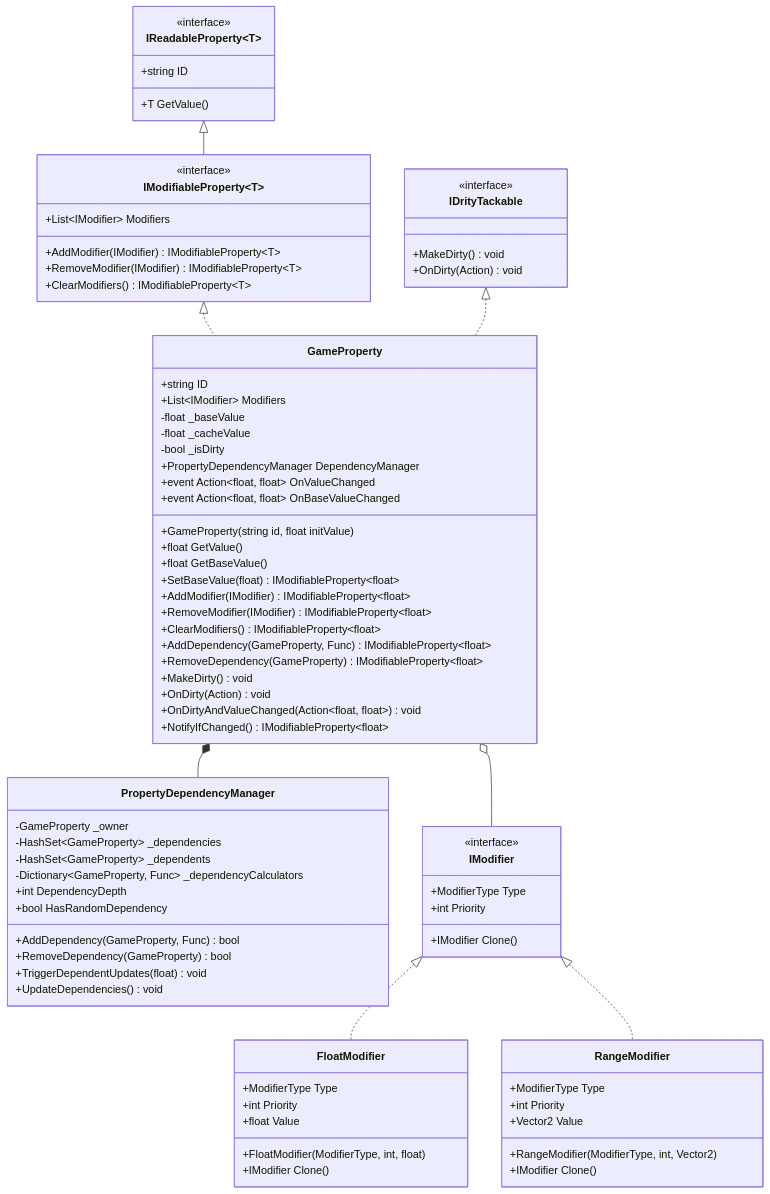
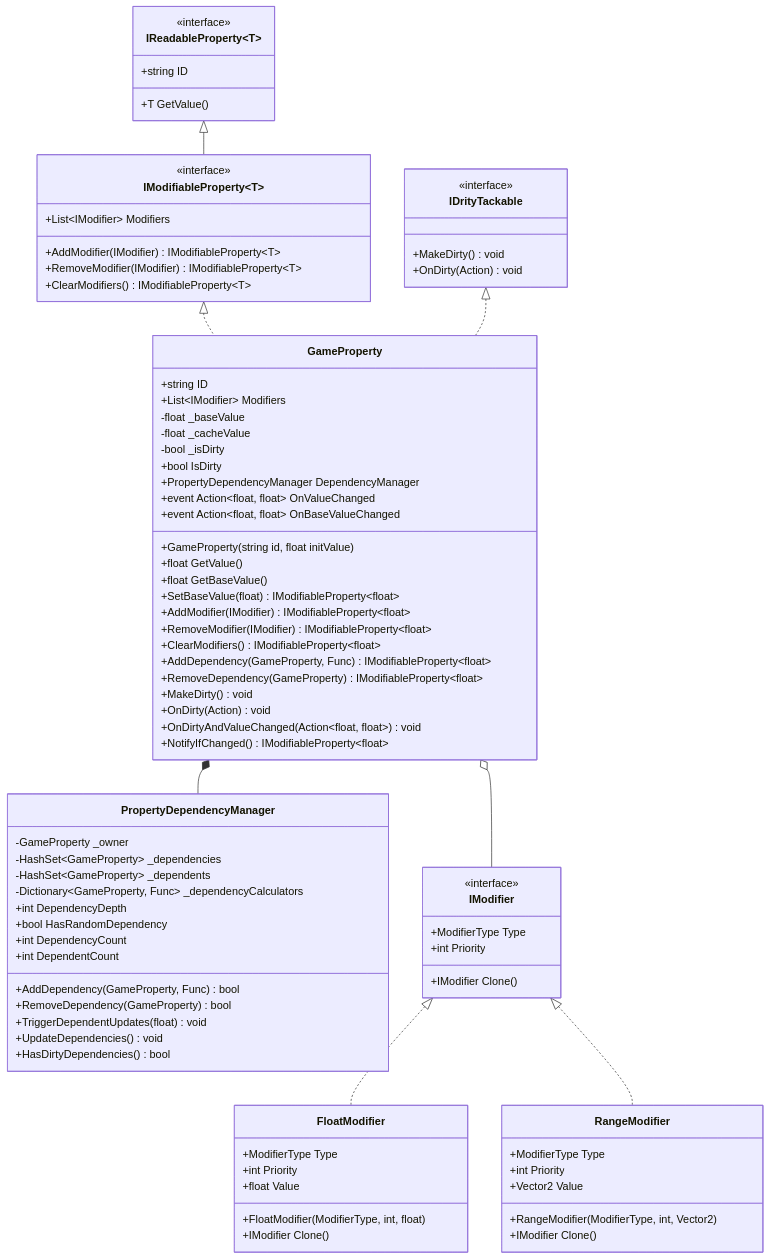
The first of 12 diagrams in 03_CoreSystems/GameProperty/Document/Diagrams.md (CutrelyAlex/UnityEasyPack), drawn with Mermaid before and after one commit. The commit also changed other lines of this file and 4 other files, not shown here.

```diff
--- a/03_CoreSystems/GameProperty/Document/Diagrams.md
+++ b/03_CoreSystems/GameProperty/Document/Diagrams.md
@@ -68,6 +68,7 @@
         -float _baseValue
         -float _cacheValue
         -bool _isDirty
+        +bool IsDirty
         +PropertyDependencyManager DependencyManager
         +GameProperty(string id, float initValue)
         +float GetValue()
@@ -93,10 +94,13 @@
         -Dictionary~GameProperty, Func~ _dependencyCalculators
         +int DependencyDepth
         +bool HasRandomDependency
+        +int DependencyCount
+        +int DependentCount
         +AddDependency(GameProperty, Func) bool
         +RemoveDependency(GameProperty) bool
         +TriggerDependentUpdates(float) void
         +UpdateDependencies() void
+        +HasDirtyDependencies() bool
     }
 
     class IModifier {
```
